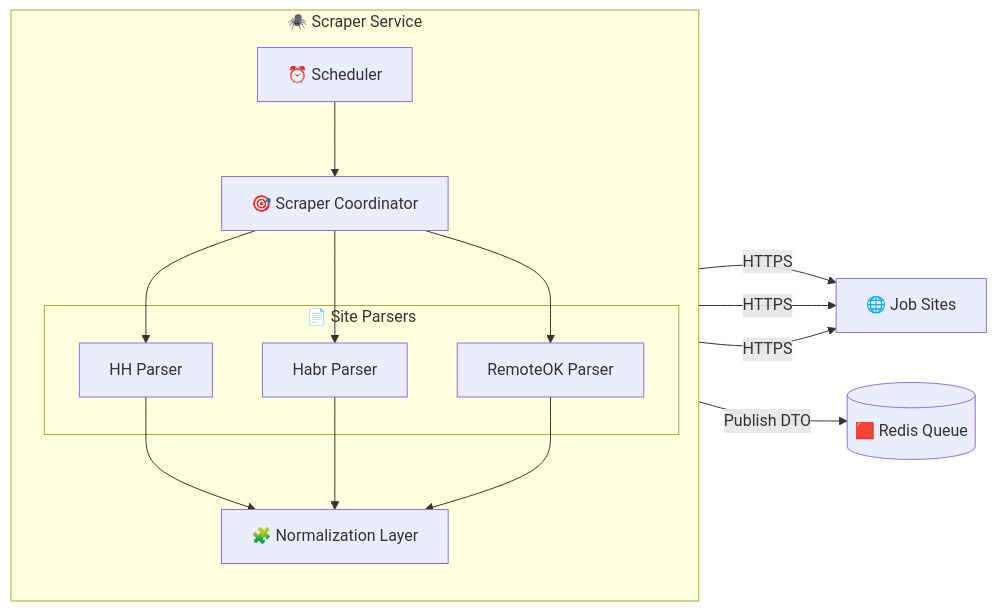
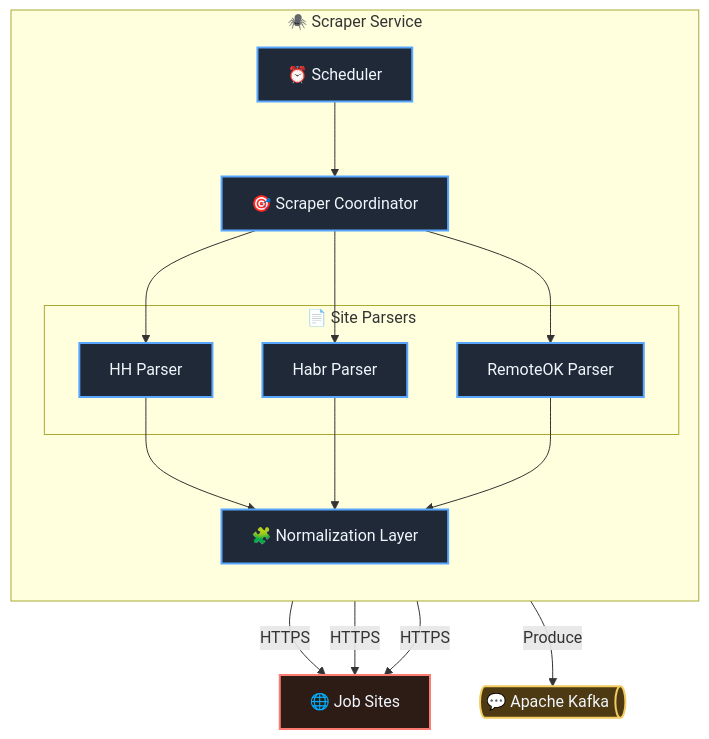
Before and after one commit to ma1sky/job_market_analyzer: the diagram in docs/diagrams/c3-scaper.mmd, drawn with Mermaid. The commit also changed 9 other files, not shown here.

```diff
--- a/docs/diagrams/c3-scaper.mmd
+++ b/docs/diagrams/c3-scaper.mmd
@@ -1,49 +1,80 @@
-flowchart LR
+flowchart TD
 
 sites["🌐 Job Sites"]
 
-redis[("🟥 Redis Queue")]
+kafka@{ shape: das, label: "💬 Apache Kafka" }
 
 subgraph scraper["🕷️ Scraper Service"]
 
     direction TB
 
     scheduler["⏰ Scheduler"]
 
     coordinator["🎯 Scraper Coordinator"]
 
     subgraph parsers["📄 Site Parsers"]
 
         hh["HH Parser"]
 
         habr["Habr Parser"]
 
         remote["RemoteOK Parser"]
 
     end
 
     normalize["🧩 Normalization Layer"]
 
 end
 
 scheduler --> coordinator
 
 coordinator --> hh
 coordinator --> habr
 coordinator --> remote
 
 hh -->|"HTTPS"| sites
 habr -->|"HTTPS"| sites
 remote -->|"HTTPS"| sites
 
 hh --> normalize
 habr --> normalize
 remote --> normalize
 
-normalize -->|"Publish DTO"| redis
+normalize -->|"Produce"| kafka
+
+%% ============================================================
+%%                        STYLES (classDef)
+%% ============================================================
+
+classDef actor fill:#21262D,stroke:#8B949E,stroke-width:2px,color:#F0F6FC;
+
+classDef service fill:#1F2937,stroke:#58A6FF,stroke-width:2px,color:#F0F6FC;
+
+classDef database fill:#0E4429,stroke:#3FB950,stroke-width:2px,color:#F0F6FC;
+
+classDef cache fill:#4D3A12,stroke:#F2CC60,stroke-width:2px,color:#F0F6FC;
+
+classDef queue fill:#4D3A12,stroke:#F2CC60,stroke-width:2px,color:#F0F6FC;
+
+classDef dashboard fill:#35264C,stroke:#BC8CFF,stroke-width:2px,color:#F0F6FC;
+
+classDef external fill:#2D1B16,stroke:#FF7B72,stroke-width:2px,color:#F0F6FC;
+
+classDef storage fill:#0E4429,stroke:#2EA043,stroke-width:2px,color:#F0F6FC;
+
+classDef scheduler fill:#3A2F00,stroke:#D29922,stroke-width:2px,color:#F0F6FC;
+
+classDef message fill:#2D333B,stroke:#768390,stroke-width:1px,color:#F0F6FC;
+
+classDef brokerFill fill:#4D3A12,stroke:#F2CC60,stroke-width:2px,color:#F0F6FC;
+
+%% ============================================================
+%%                 APPLYING STYLES (class)
+%% ===========================================================
 
 class scheduler,coordinator,hh,habr,remote,normalize service
 
 class redis cache
 
 class sites external
+class kafka brokerFill
```
